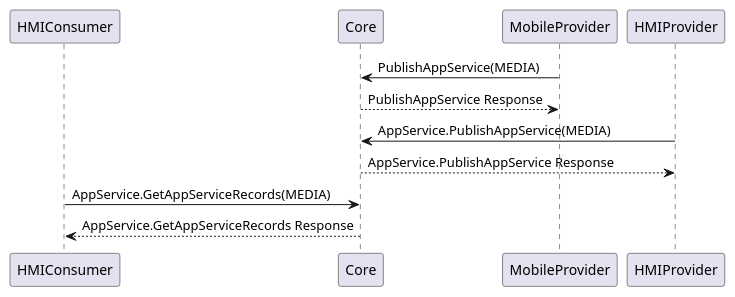
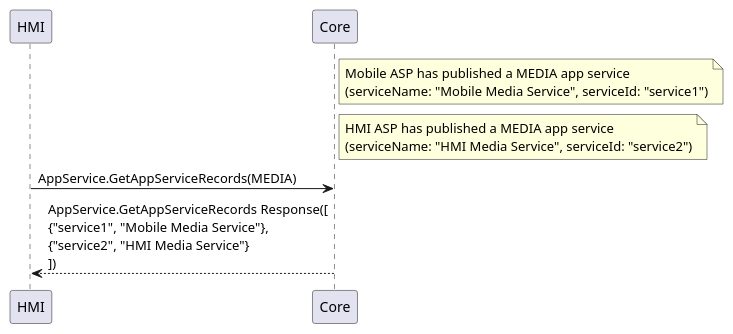
The diagram in docs/AppService/GetAppServiceRecords/assets/GetAppServiceRecords.puml (smartdevicelink/sdl_hmi_integration_guidelines), drawn with PlantUML before and after one commit. The commit also changed 16 other files, not shown here.

```diff
--- a/docs/AppService/GetAppServiceRecords/assets/GetAppServiceRecords.puml
+++ b/docs/AppService/GetAppServiceRecords/assets/GetAppServiceRecords.puml
@@ -1,13 +1,10 @@
 @startuml GetAppServiceRecords
-participant HMIConsumer
+participant HMI
 participant Core
-participant MobileProvider
-participant HMIProvider
 
-MobileProvider -> Core: PublishAppService(MEDIA)
-Core --> MobileProvider: PublishAppService Response
-HMIProvider -> Core: AppService.PublishAppService(MEDIA)
-Core --> HMIProvider: AppService.PublishAppService Response
-HMIConsumer -> Core: AppService.GetAppServiceRecords(MEDIA)
-Core --> HMIConsumer: AppService.GetAppServiceRecords Response
+note right of Core: Mobile ASP has published a MEDIA app service\n(serviceName: "Mobile Media Service", serviceId: "service1")
+note right of Core: HMI ASP has published a MEDIA app service\n(serviceName: "HMI Media Service", serviceId: "service2")
+
+HMI -> Core: AppService.GetAppServiceRecords(MEDIA)
+Core --> HMI: AppService.GetAppServiceRecords Response([\n{"service1", "Mobile Media Service"},\n{"service2", "HMI Media Service"}\n])
 @enduml
```
